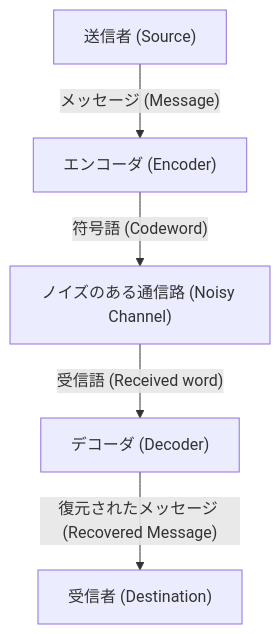
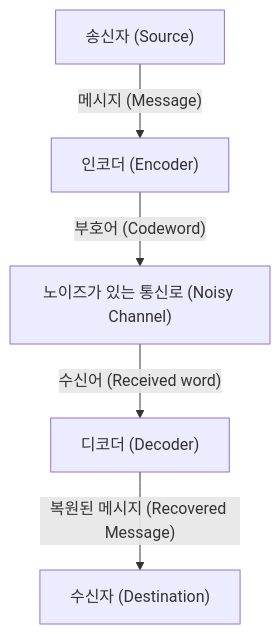
One commit to kenjinote/blog changed the diagram in content/post/error-correcting-codes-explained/index.ko.md. Above: the diagram before and after it, drawn with Mermaid. The commit also changed other lines of this file and 14 other files, not shown here.

````diff
--- a/content/post/error-correcting-codes-explained/index.ko.md
+++ b/content/post/error-correcting-codes-explained/index.ko.md
@@ -23,7 +23,7 @@
 ```mermaid
 graph TD
-    A["送信者 (Source)"] -- "メッセージ (Message)" --> B["エンコーダ (Encoder)"]
-    B -- "符号語 (Codeword)" --> C["ノイズのある通信路 (Noisy Channel)"]
-    C -- "受信語 (Received word)" --> D["デコーダ (Decoder)"]
-    D -- "復元されたメッセージ (Recovered Message)" --> E["受信者 (Destination)"]
+    A["송신자 (Source)"] -- "메시지 (Message)" --> B["인코더 (Encoder)"]
+    B -- "부호어 (Codeword)" --> C["노이즈가 있는 통신로 (Noisy Channel)"]
+    C -- "수신어 (Received word)" --> D["디코더 (Decoder)"]
+    D -- "복원된 메시지 (Recovered Message)" --> E["수신자 (Destination)"]
 ```
````
